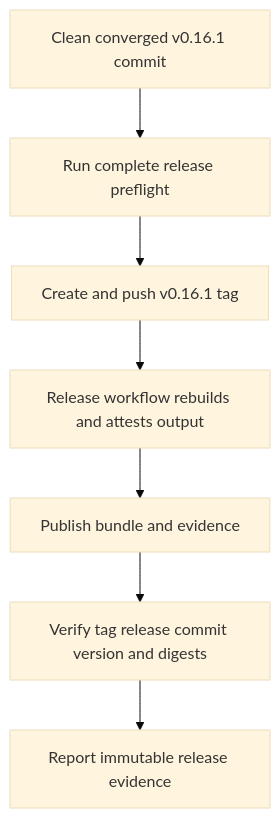
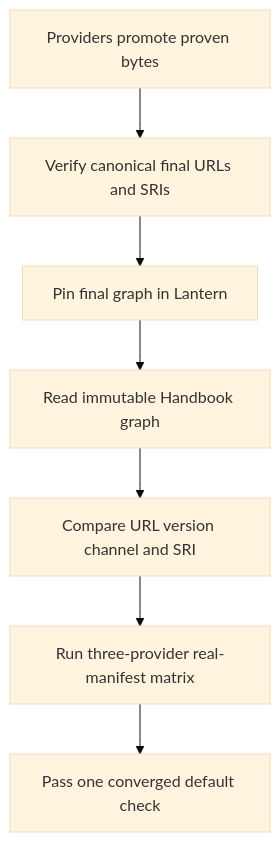
One commit to RebelliousSmile/lantern changed the first of 2 diagrams in aidd_docs/tasks/2026_09/2026_09_25_issues_46_47_release_identity_and_pbta_proof/phase-8.md. Above: the diagram before and after it, drawn with Mermaid (base theme). The commit also changed other lines of this file and 7 other files, not shown here.

````diff
--- a/aidd_docs/tasks/2026_09/2026_09_25_issues_46_47_release_identity_and_pbta_proof/phase-8.md
+++ b/aidd_docs/tasks/2026_09/2026_09_25_issues_46_47_release_identity_and_pbta_proof/phase-8.md
@@ -19,9 +25,9 @@
 ```mermaid
 flowchart TD
-  A[Clean converged v0.16.1 commit] --> B[Run complete release preflight]
-  B --> C[Create and push v0.16.1 tag]
-  C --> D[Release workflow rebuilds and attests output]
-  D --> E[Publish bundle and evidence]
-  E --> F[Verify tag release commit version and digests]
-  F --> G[Report immutable release evidence]
+  A[Providers promote proven bytes] --> B[Verify canonical final URLs and SRIs]
+  B --> C[Pin final graph in Lantern]
+  C --> D[Read immutable Handbook graph]
+  D --> E[Compare URL version channel and SRI]
+  E --> F[Run three-provider real-manifest matrix]
+  F --> G[Pass one converged default check]
 ```
````
